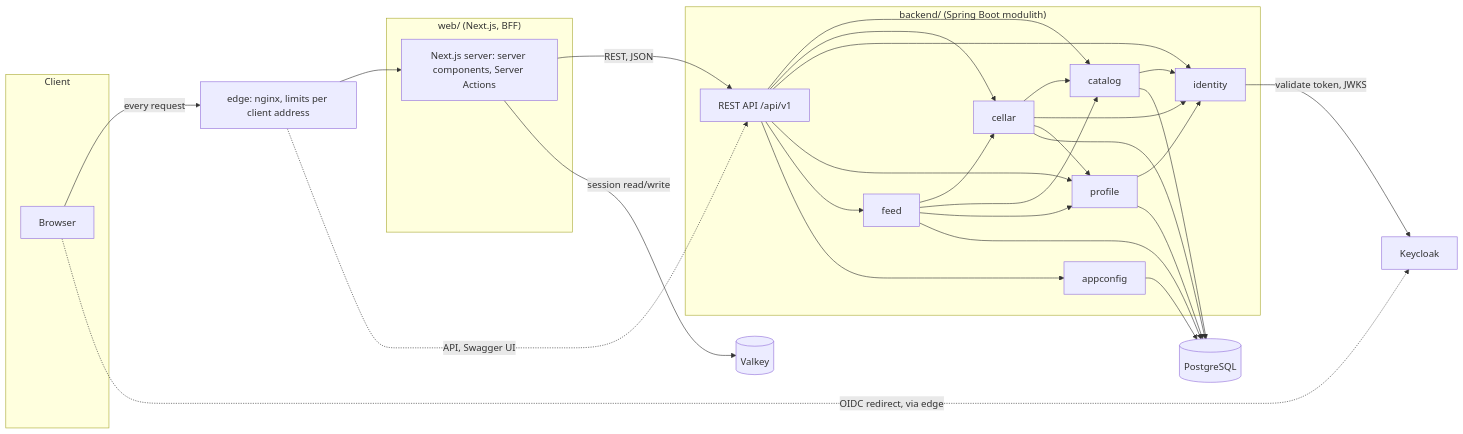
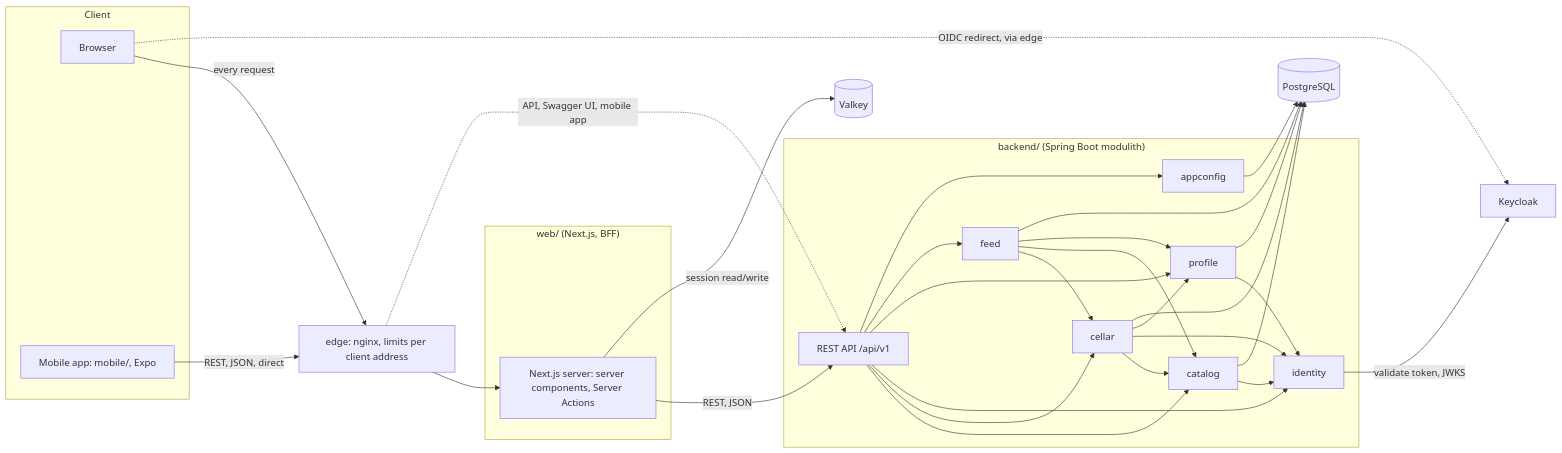
The diagram in docs/architecture.md (MiguelSombrero/kalia), drawn with Mermaid before and after one commit. The commit also changed other lines of this file, not shown here.

First line of the commit message:
Show the mobile app in the architecture diagram

````diff
--- a/docs/architecture.md
+++ b/docs/architecture.md
@@ -66,31 +66,33 @@
 ```mermaid
 flowchart LR
     subgraph Client
         Browser
+        App[Mobile app: mobile/, Expo]
     end
     subgraph Web["web/ (Next.js, BFF)"]
         NX[Next.js server: server components, Server Actions]
     end
     subgraph Backend["backend/ (Spring Boot modulith)"]
         API[REST API /api/v1]
         CAT[catalog]
         CEL[cellar]
         IDN[identity]
         PROF[profile]
         FED[feed]
         CFG[appconfig]
     end
     Browser -->|every request| EDGE[edge: nginx, limits per client address]
+    App -->|REST, JSON, direct| EDGE
     EDGE --> NX
-    EDGE -.->|API, Swagger UI| API
+    EDGE -.->|API, Swagger UI, mobile app| API
     NX -->|REST, JSON| API
     API --> CAT & CEL & IDN & PROF & FED & CFG
     CAT --> IDN
     CEL --> CAT & IDN & PROF
     PROF --> IDN
     FED --> CEL & CAT & PROF
     CAT & CEL & PROF & FED & CFG --> PG[(PostgreSQL)]
     Browser -.->|OIDC redirect, via edge| KC[Keycloak]
     NX -->|session read/write| VK[(Valkey)]
     IDN -->|validate token, JWKS| KC
 ```
````
